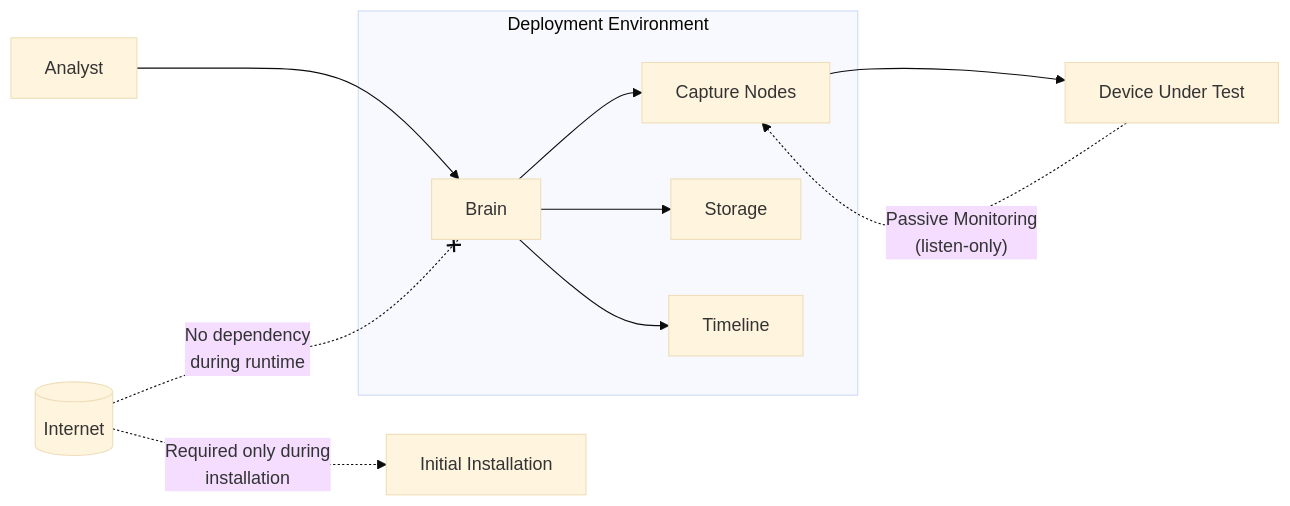
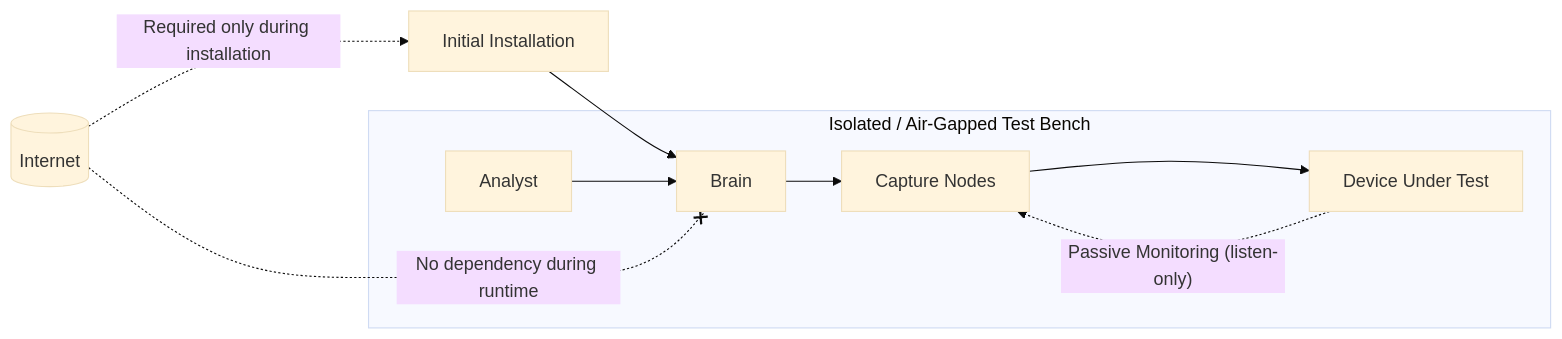
The third of 4 diagrams in docs/01_Requirements/01_SysRS/01_Functional_Requirements.md (EG-ETCS/wiresploit), drawn with Mermaid (base theme) before and after one commit. The commit also changed other lines of this file, not shown here.

Commit message:
Updated BR-ENV requirements

````diff
--- a/docs/01_Requirements/01_SysRS/01_Functional_Requirements.md
+++ b/docs/01_Requirements/01_SysRS/01_Functional_Requirements.md
@@ -323,31 +323,23 @@
 ```mermaid
 flowchart LR
 
     Analyst --> Brain
+    Brain --> CaptureNodes["Capture Nodes"]
+    CaptureNodes --> DUT["Device Under Test"]
+    DUT -. "Passive Monitoring (listen-only)" .-> CaptureNodes
 
-    Brain --> CaptureNodes["Capture Nodes"]
-
-    CaptureNodes --> DUT["Device Under Test"]
-
-    DUT -.Passive Monitoring 
-    (listen-only).-> CaptureNodes
-
-    Brain --> Storage
-
-    Brain --> Timeline
-
-    subgraph Deployment Environment
+    subgraph AirGap["Isolated / Air-Gapped Test Bench"]
+        Analyst
         Brain
         CaptureNodes
-        Storage
-        Timeline
+        DUT
     end
 
     Internet[(Internet)]
+    Installer["Initial Installation"]
 
-    Internet -. Required only during 
-    installation .-> Installer["Initial Installation"]
+    Internet -. "Required only during installation" .-> Installer
+    Installer --> Brain
 
-    Internet -. No dependency 
-    during runtime .-x Brain
+    Internet -. "No dependency during runtime" .-x Brain
 ```
````
